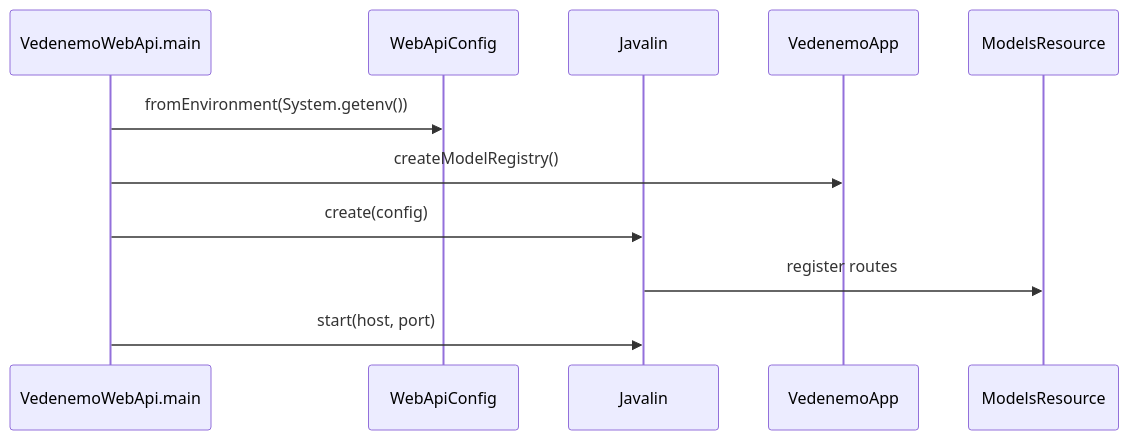
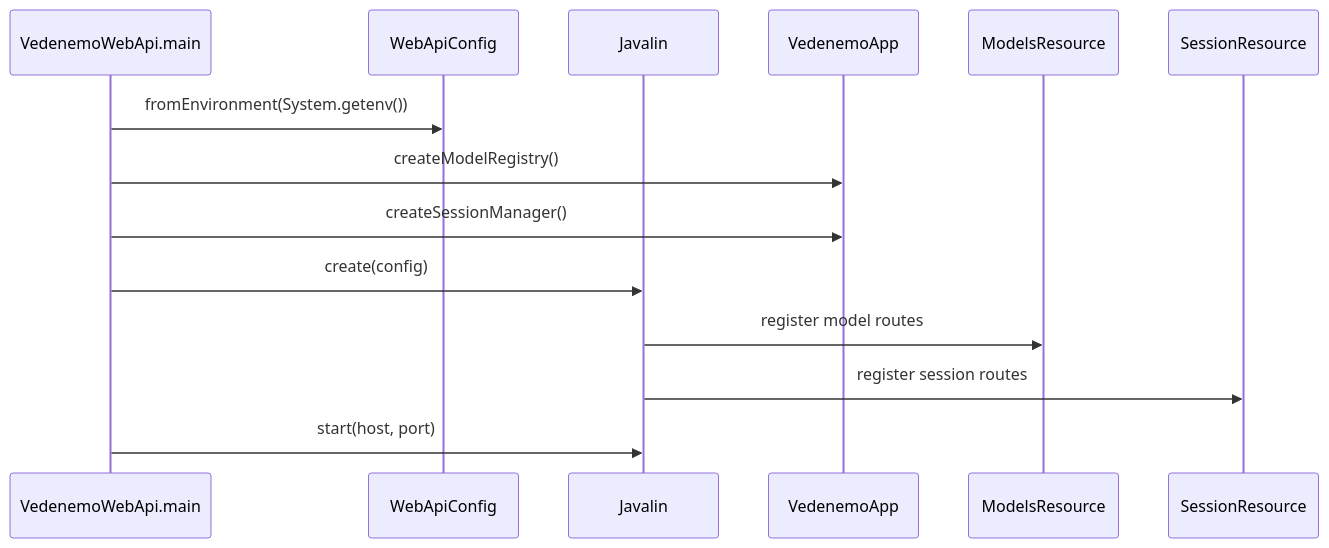
The second of 5 diagrams in docs/architecture_doc.md (VedenemoDev/VedenemoMonorepo), drawn with Mermaid before and after one commit. The commit also changed other lines of this file and 21 other files, not shown here.

````diff
--- a/docs/architecture_doc.md
+++ b/docs/architecture_doc.md
@@ -198,14 +233,17 @@
 ```mermaid
 sequenceDiagram
     participant Main as VedenemoWebApi.main
     participant Config as WebApiConfig
     participant Javalin as Javalin
     participant App as VedenemoApp
-    participant Resource as ModelsResource
+    participant Models as ModelsResource
+    participant Sessions as SessionResource
 
     Main->>Config: fromEnvironment(System.getenv())
     Main->>App: createModelRegistry()
+    Main->>App: createSessionManager()
     Main->>Javalin: create(config)
-    Javalin->>Resource: register routes
+    Javalin->>Models: register model routes
+    Javalin->>Sessions: register session routes
     Main->>Javalin: start(host, port)
 ```
````
